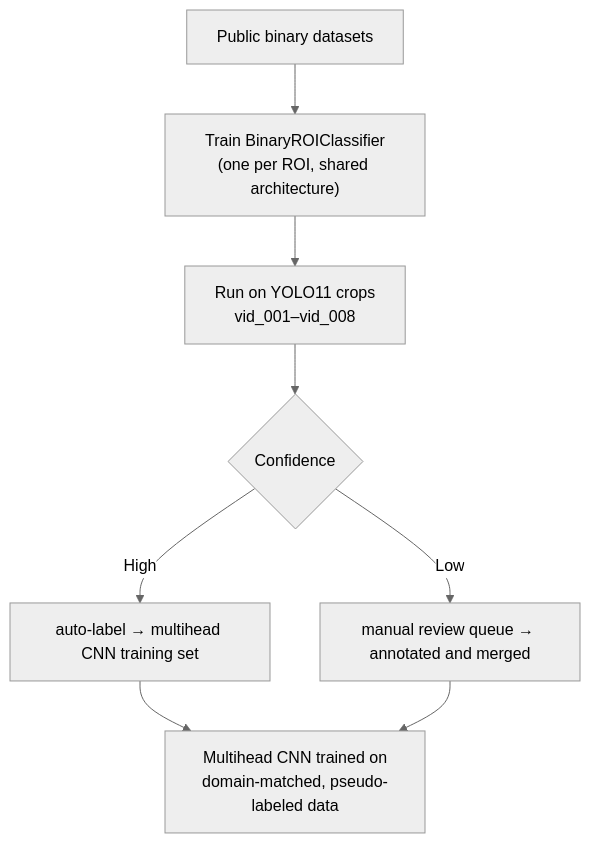
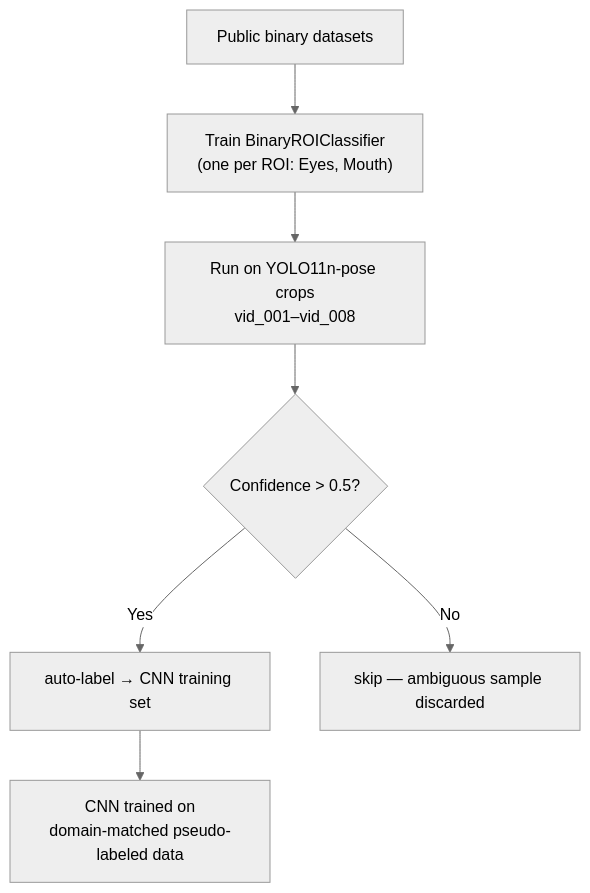
Before and after one commit to JlordS32/FatigueSense: the first of 3 diagrams in docs/binary_classifier_bootstrap.md, drawn with Mermaid (neutral theme). The commit also changed other lines of this file and 14 other files, not shown here.

````diff
--- a/docs/binary_classifier_bootstrap.md
+++ b/docs/binary_classifier_bootstrap.md
@@ -11,10 +13,9 @@
 ```mermaid
 flowchart TD
-    A[Public binary datasets] --> B["Train BinaryROIClassifier\n(one per ROI, shared architecture)"]
-    B --> C["Run on YOLO11 crops\nvid_001–vid_008"]
-    C --> D{Confidence}
-    D -->|High| E[auto-label → multihead CNN training set]
-    D -->|Low| F[manual review queue → annotated and merged]
-    E --> G["Multihead CNN trained on\ndomain-matched, pseudo-labeled data"]
-    F --> G
+    A[Public binary datasets] --> B["Train BinaryROIClassifier\n(one per ROI: Eyes, Mouth)"]
+    B --> C["Run on YOLO11n-pose crops\nvid_001–vid_008"]
+    C --> D{Confidence > 0.5?}
+    D -->|Yes| E[auto-label → CNN training set]
+    D -->|No| F[skip — ambiguous sample discarded]
+    E --> G["CNN trained on\ndomain-matched pseudo-labeled data"]
 ```
````
